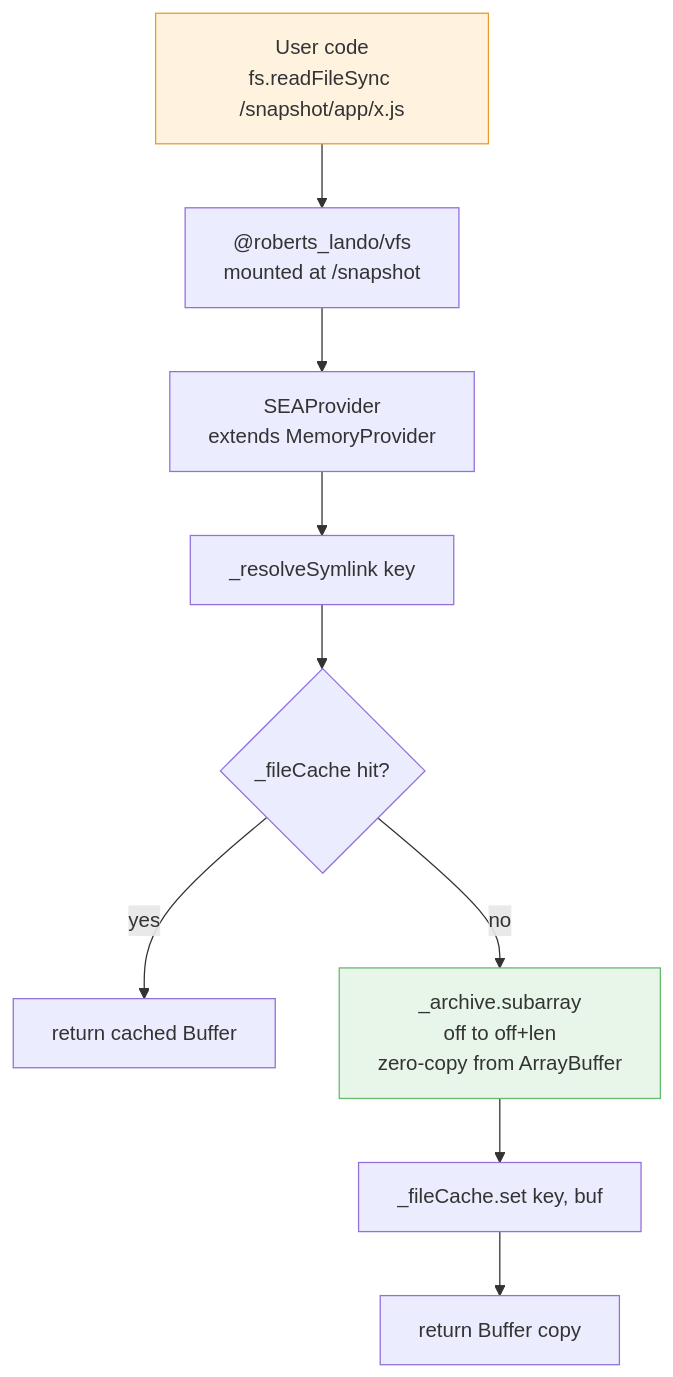
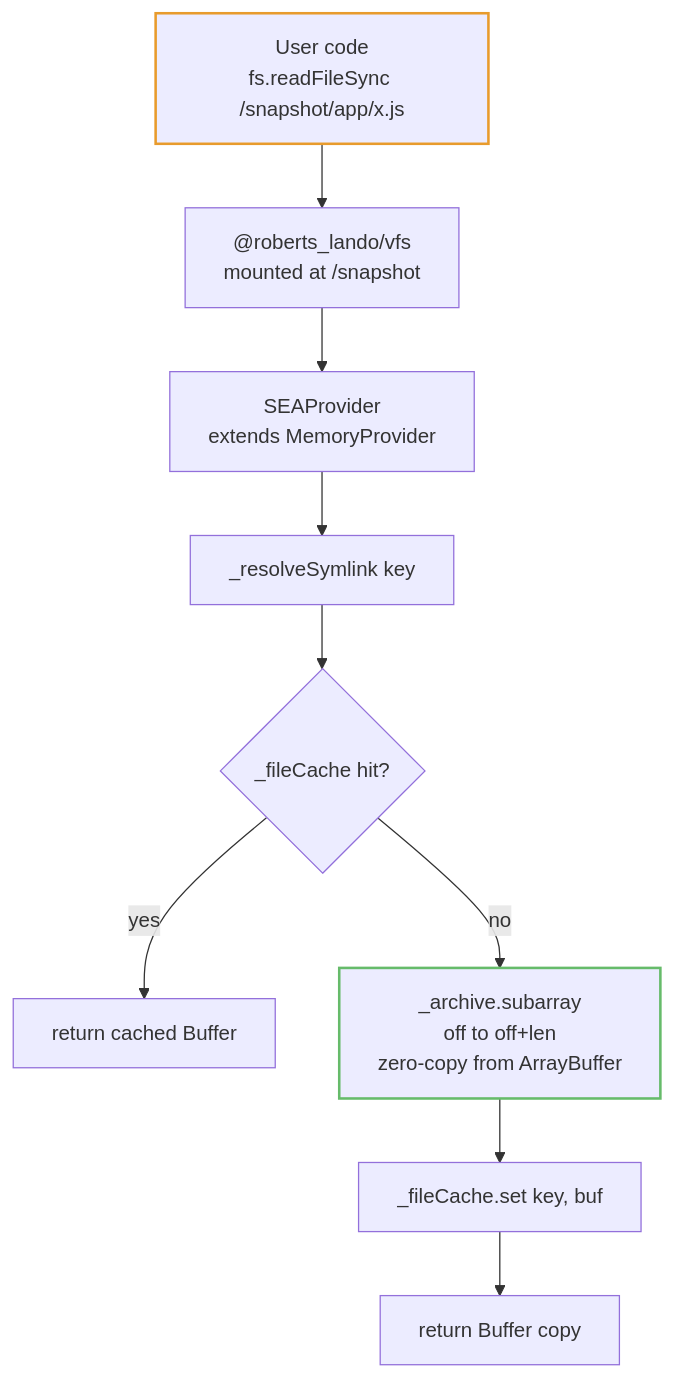
One commit to yao-pkg/pkg changed the fourth of 4 diagrams in docs-site/architecture.md. Above: the diagram before and after it, drawn with Mermaid. The commit also changed other lines of this file and 5 other files, not shown here.

Commit message:
docs: update mermaid diagram styles for better readability and adjust SEA mode documentation

````diff
--- a/docs-site/architecture.md
+++ b/docs-site/architecture.md
@@ -346,19 +339,19 @@
 ```mermaid
 flowchart TD
     U[User code<br/>fs.readFileSync /snapshot/app/x.js]
     V["@roberts_lando/vfs<br/>mounted at /snapshot"]
     P[SEAProvider<br/>extends MemoryProvider]
     R1[_resolveSymlink key]
     C1{_fileCache hit?}
     C2[return cached Buffer]
     A[_archive.subarray<br/>off to off+len<br/>zero-copy from ArrayBuffer]
     C3[_fileCache.set key, buf]
     OUT[return Buffer copy]
 
     U --> V --> P --> R1 --> C1
     C1 -- yes --> C2
     C1 -- no --> A --> C3 --> OUT
 
-    style U fill:#fff3e0,stroke:#e89b2c
-    style A fill:#e8f5e9,stroke:#66bb6a
+    style U stroke:#e89b2c,stroke-width:2px
+    style A stroke:#66bb6a,stroke-width:2px
 ```
````
